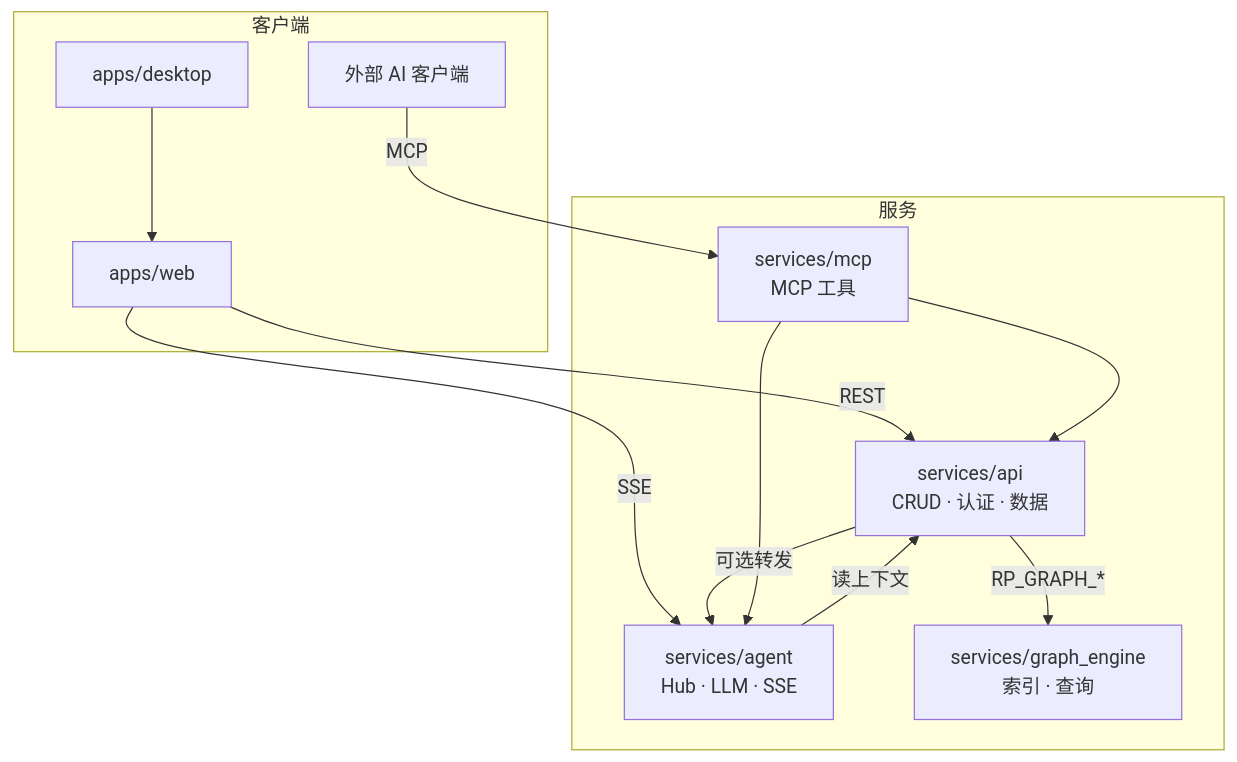
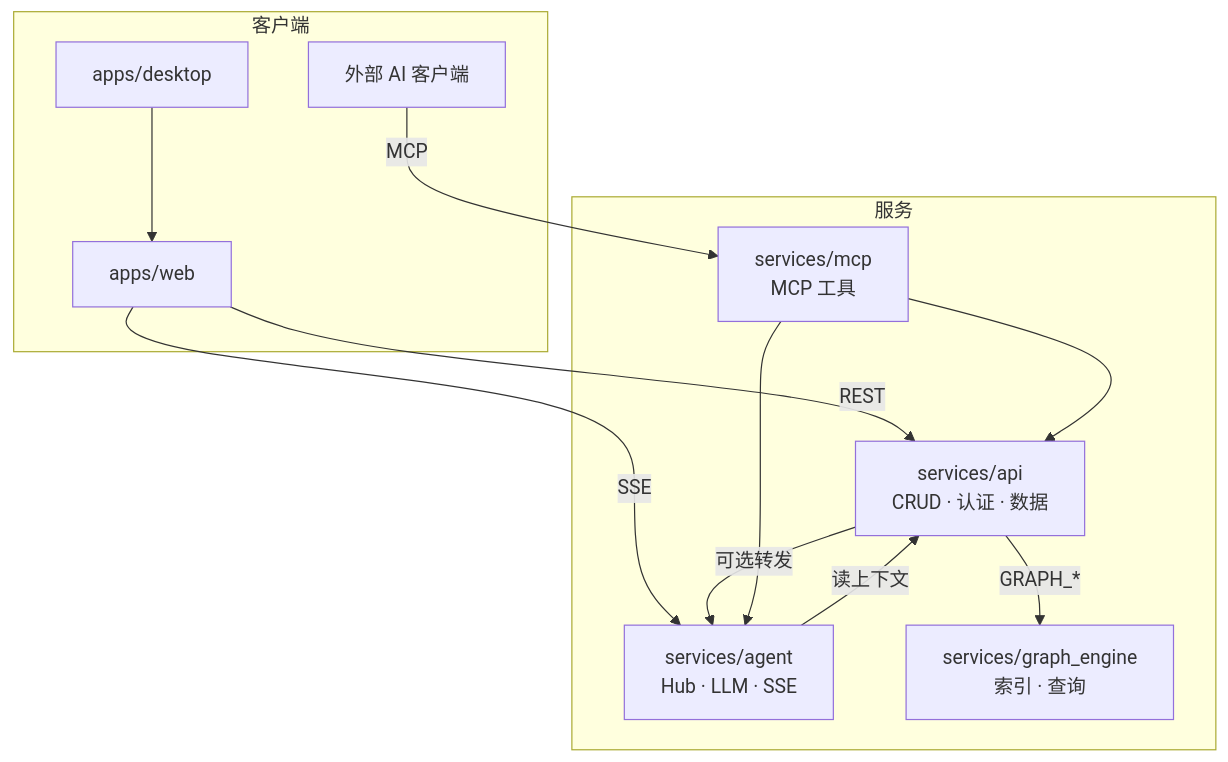
One commit to daftpunkwav/repo-pilot changed the diagram in docs/architecture/OVERVIEW.md. Above: the diagram before and after it, drawn with Mermaid. The commit also changed 17 other files, not shown here.

````diff
--- a/docs/architecture/OVERVIEW.md
+++ b/docs/architecture/OVERVIEW.md
@@ -24,25 +24,25 @@
 ```mermaid
 flowchart TB
     subgraph clients["客户端"]
         WEB["apps/web"]
         DESK["apps/desktop"]
         EXT["外部 AI 客户端"]
     end
 
     subgraph services["服务"]
         API["services/api<br/>CRUD · 认证 · 数据"]
         AGENT["services/agent<br/>Hub · LLM · SSE"]
         GRAPH["services/graph_engine<br/>索引 · 查询"]
         MCP["services/mcp<br/>MCP 工具"]
     end
 
     WEB -->|REST| API
     WEB -->|SSE| AGENT
     DESK --> WEB
     API -->|可选转发| AGENT
-    API -->|"RP_GRAPH_*"| GRAPH
+    API -->|"GRAPH_*"| GRAPH
     AGENT -->|读上下文| API
     EXT -->|MCP| MCP
     MCP --> API
     MCP --> AGENT
 ```
````
